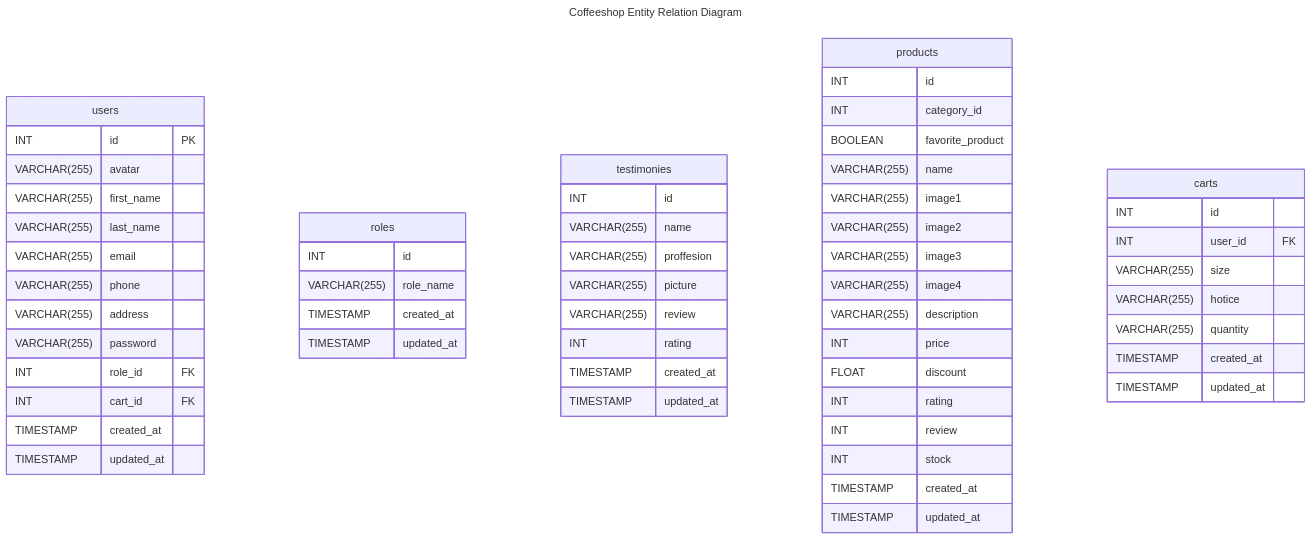
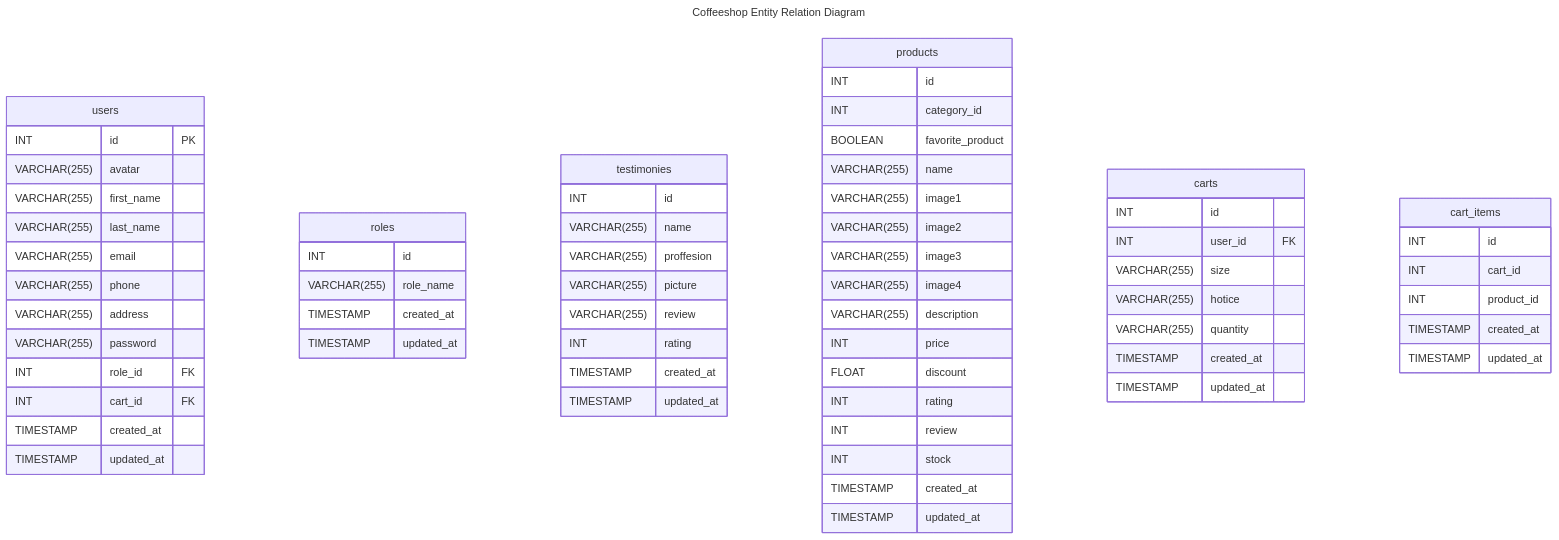
Before and after one commit to rezafauzan/koda-b6-db: the diagram in readme.md, drawn with Mermaid.

Commit message:
Fix: cart_items removed

````diff
--- a/readme.md
+++ b/readme.md
@@ -2,68 +2,76 @@
 ```mermaid
 ---
 title: Coffeeshop Entity Relation Diagram
 ---
     erDiagram
 
     users {
         INT id PK 
         VARCHAR(255) avatar
         VARCHAR(255) first_name
         VARCHAR(255) last_name
         VARCHAR(255) email
         VARCHAR(255) phone
         VARCHAR(255) address
         VARCHAR(255) password
         INT role_id FK
         INT cart_id FK
         TIMESTAMP created_at
         TIMESTAMP updated_at
     }
 
     roles{
         INT id 
         VARCHAR(255) role_name
         TIMESTAMP created_at
         TIMESTAMP updated_at
     }
 
     testimonies {
         INT id
         VARCHAR(255) name
         VARCHAR(255) proffesion
         VARCHAR(255) picture
         VARCHAR(255) review
         INT rating
         TIMESTAMP created_at
         TIMESTAMP updated_at
     }
     
     products {
         INT id
         INT category_id
         BOOLEAN favorite_product
         VARCHAR(255) name
         VARCHAR(255) image1
         VARCHAR(255) image2
         VARCHAR(255) image3
         VARCHAR(255) image4
         VARCHAR(255) description
         INT price
         FLOAT discount
         INT rating
         INT review
         INT stock
         TIMESTAMP created_at
         TIMESTAMP updated_at
     }
 
     carts{
         INT id
         INT user_id FK
         VARCHAR(255) size
         VARCHAR(255) hotice
         VARCHAR(255) quantity
         TIMESTAMP created_at
         TIMESTAMP updated_at
     }
+
+    cart_items{
+        INT id
+        INT cart_id
+        INT product_id
+        TIMESTAMP created_at
+        TIMESTAMP updated_at
+    }
 ```
````
